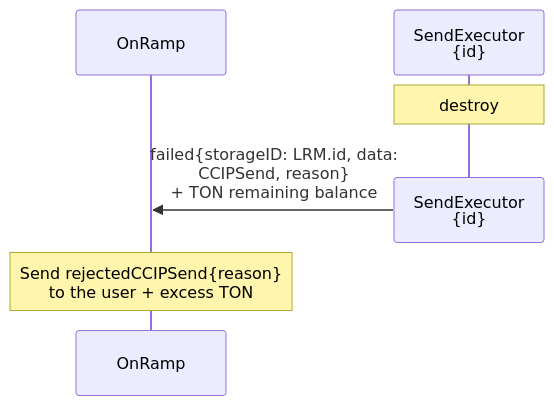
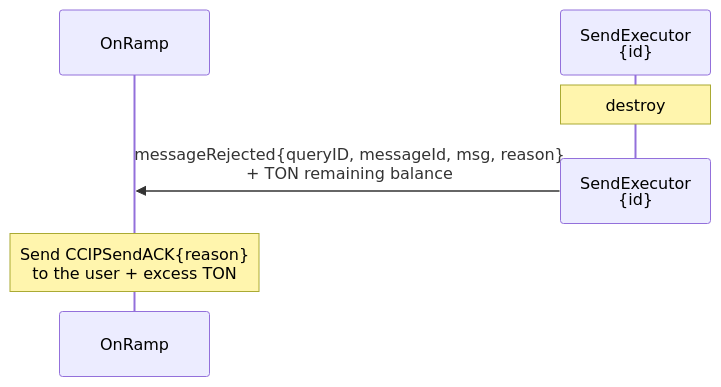
One commit to fork-the-planet/smartcontractkit___chainlink-ton changed the second of 2 diagrams in docs/contracts/ccip/flow/onramp/arbitrary-msg.md. Above: the diagram before and after it, drawn with Mermaid. The commit also changed other lines of this file and 25 other files, not shown here.

````diff
--- a/docs/contracts/ccip/flow/onramp/arbitrary-msg.md
+++ b/docs/contracts/ccip/flow/onramp/arbitrary-msg.md
@@ -49,9 +49,9 @@
 ```mermaid
 sequenceDiagram
     participant OR as OnRamp
     participant LRM as SendExecutor<br>{id}
     Note over LRM: destroy
     destroy LRM
-    LRM ->> OR: failed{storageID: LRM.id, data:<br>CCIPSend, reason}<br>+ TON remaining balance
-    Note over OR: Send rejectedCCIPSend{reason}<br>to the user + excess TON
+    LRM ->> OR: messageRejected{queryID, messageId, msg, reason}<br>+ TON remaining balance
+    Note over OR: Send CCIPSendACK{reason}<br>to the user + excess TON
 ```
````
